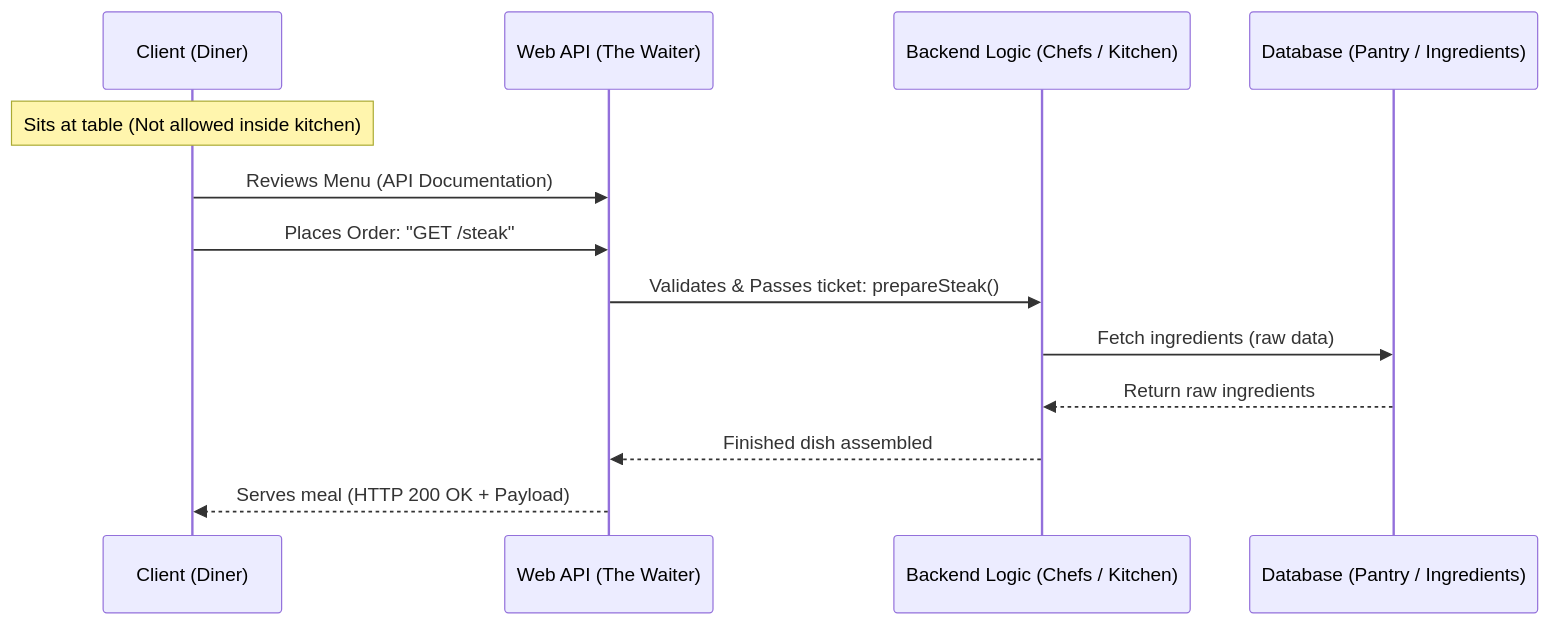
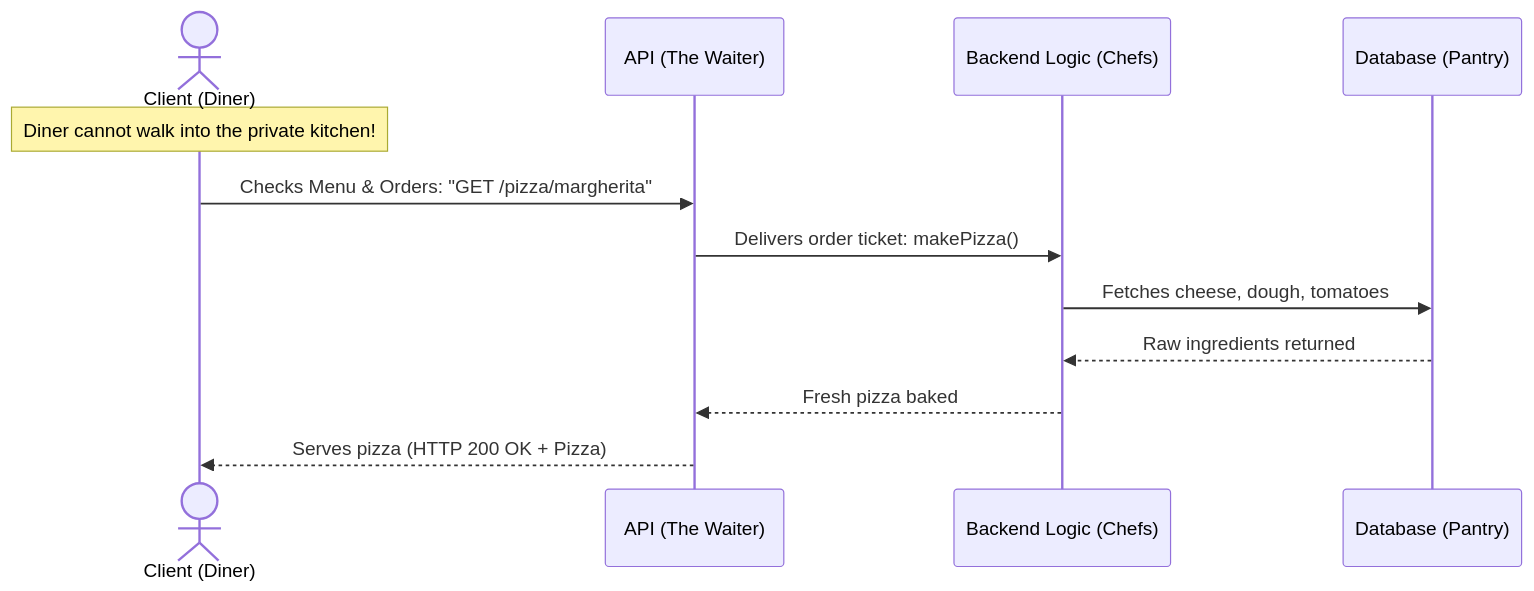
Before and after one commit to Tamjid-R/Obsidian-Vault--4th-sem: the sixth of 8 diagrams in IUT/Human/University/5th Sem/Server Programming/Server Programming Notes.md, drawn with Mermaid. The commit also changed other lines of this file and 1 other file, not shown here.

````diff
--- a/IUT/Human/University/5th Sem/Server Programming/Server Programming Notes.md
+++ b/IUT/Human/University/5th Sem/Server Programming/Server Programming Notes.md
@@ -436,16 +448,15 @@
 ```mermaid
 sequenceDiagram
-    participant Client as Client (Diner)
-    participant API as Web API (The Waiter)
-    participant Backend as Backend Logic (Chefs / Kitchen)
-    participant DB as Database (Pantry / Ingredients)
+    actor Diner as Client (Diner)
+    participant Waiter as API (The Waiter)
+    participant Kitchen as Backend Logic (Chefs)
+    participant Pantry as Database (Pantry)
 
-    Note over Client: Sits at table (Not allowed inside kitchen)
-    Client->>API: Reviews Menu (API Documentation)
-    Client->>API: Places Order: "GET /steak"
-    API->>Backend: Validates & Passes ticket: prepareSteak()
-    Backend->>DB: Fetch ingredients (raw data)
-    DB-->>Backend: Return raw ingredients
-    Backend-->>API: Finished dish assembled
-    API-->>Client: Serves meal (HTTP 200 OK + Payload)
+    Note over Diner: Diner cannot walk into the private kitchen!
+    Diner->>Waiter: Checks Menu & Orders: "GET /pizza/margherita"
+    Waiter->>Kitchen: Delivers order ticket: makePizza()
+    Kitchen->>Pantry: Fetches cheese, dough, tomatoes
+    Pantry-->>Kitchen: Raw ingredients returned
+    Kitchen-->>Waiter: Fresh pizza baked
+    Waiter-->>Diner: Serves pizza (HTTP 200 OK + Pizza)
 ```
````
